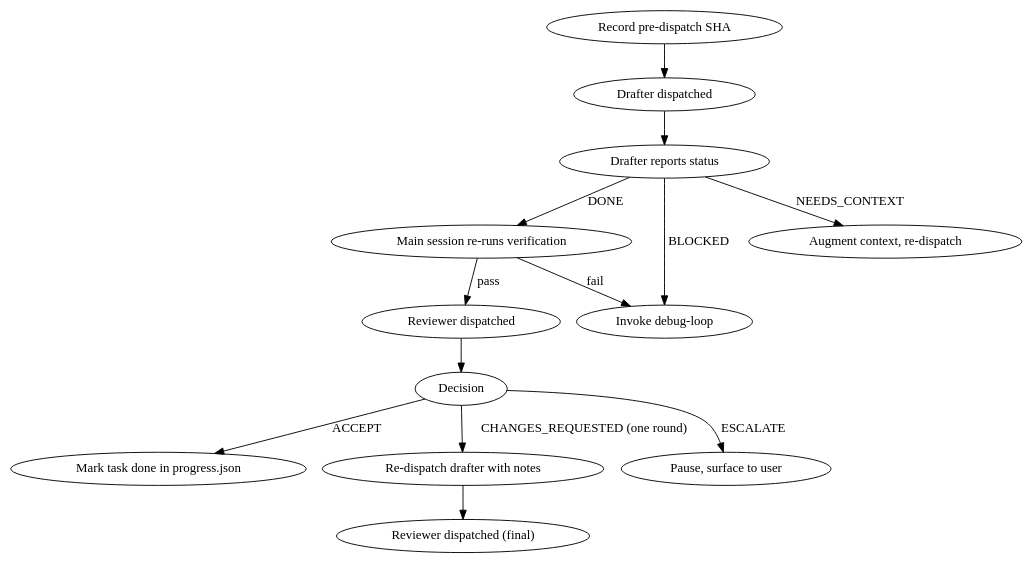
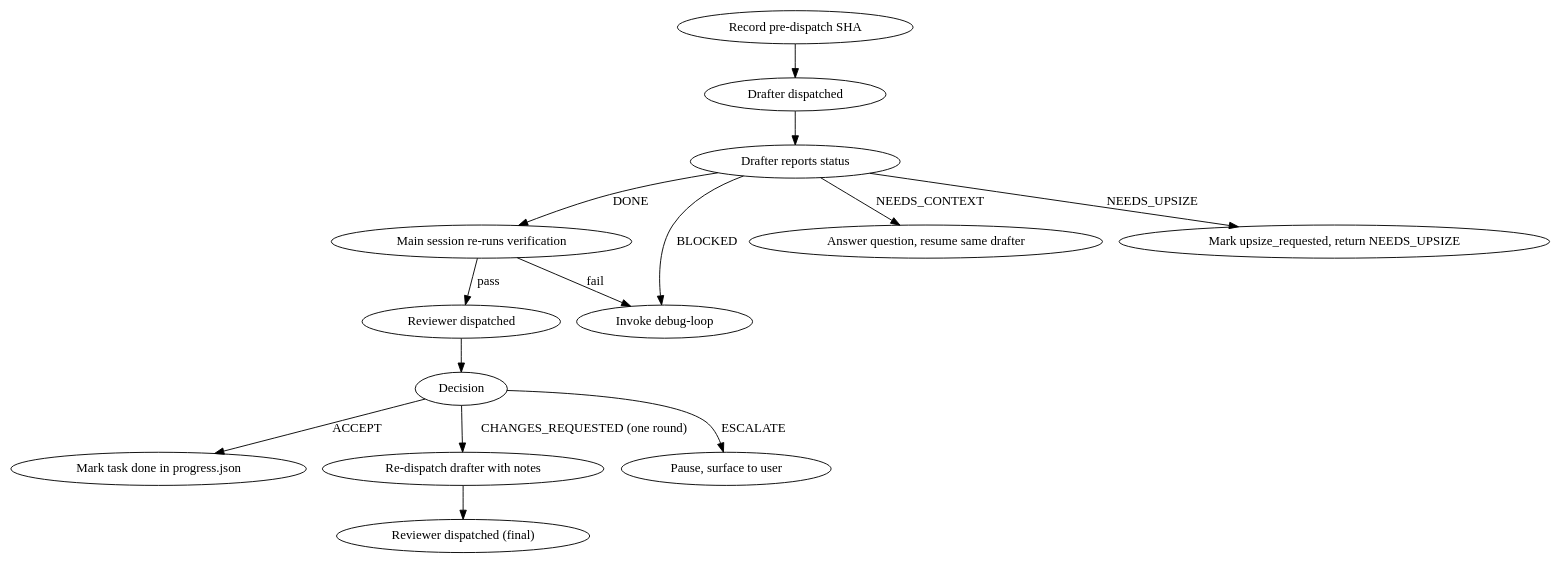
One commit to mjmarrazzo/ai-skills changed the diagram in plugins/executing/skills/execute-plan/SKILL.md. Above: the diagram before and after it, drawn with Graphviz. The commit also changed other lines of this file and 17 other files, not shown here.

````diff
--- a/plugins/executing/skills/execute-plan/SKILL.md
+++ b/plugins/executing/skills/execute-plan/SKILL.md
@@ -112,15 +114,16 @@
 ```dot
 digraph task_lifecycle {
     "Record pre-dispatch SHA" -> "Drafter dispatched" -> "Drafter reports status";
     "Drafter reports status" -> "Main session re-runs verification" [label="DONE"];
     "Main session re-runs verification" -> "Reviewer dispatched" [label="pass"];
     "Main session re-runs verification" -> "Invoke debug-loop" [label="fail"];
-    "Drafter reports status" -> "Augment context, re-dispatch" [label="NEEDS_CONTEXT"];
+    "Drafter reports status" -> "Answer question, resume same drafter" [label="NEEDS_CONTEXT"];
+    "Drafter reports status" -> "Mark upsize_requested, return NEEDS_UPSIZE" [label="NEEDS_UPSIZE"];
     "Drafter reports status" -> "Invoke debug-loop" [label="BLOCKED"];
     "Reviewer dispatched" -> "Decision";
     "Decision" -> "Mark task done in progress.json" [label="ACCEPT"];
     "Decision" -> "Re-dispatch drafter with notes" [label="CHANGES_REQUESTED (one round)"];
     "Decision" -> "Pause, surface to user" [label="ESCALATE"];
     "Re-dispatch drafter with notes" -> "Reviewer dispatched (final)";
 }
 ```
````
